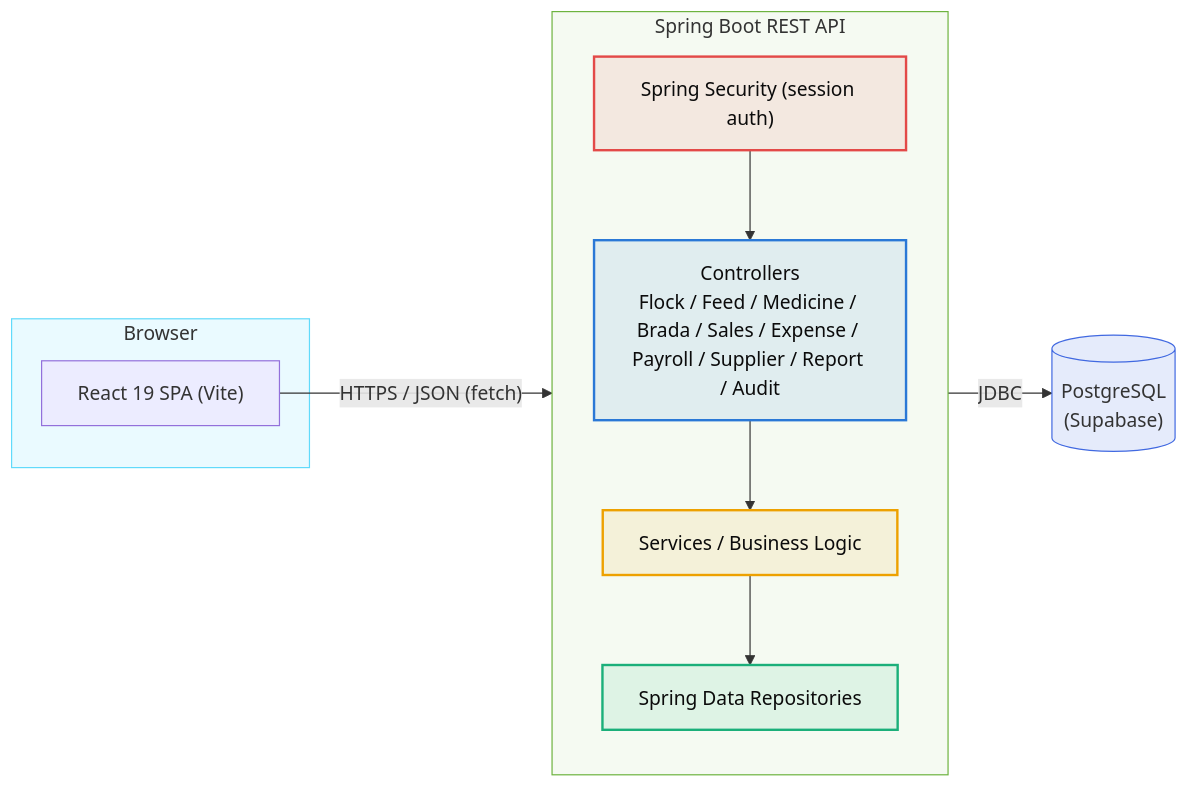
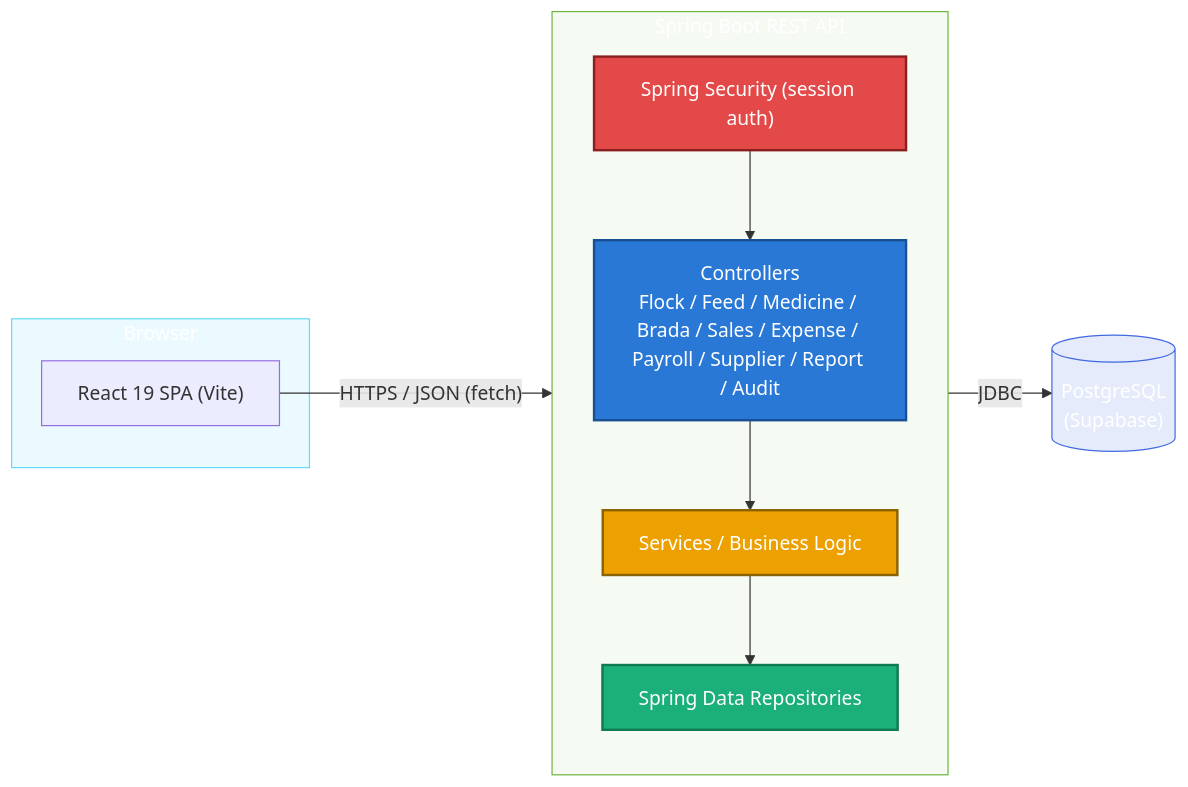
One commit to mina-hill/csms changed the first of 2 diagrams in README.md. Above: the diagram before and after it, drawn with Mermaid. The commit also changed other lines of this file and 1 other file, not shown here.

Commit message:
Improve chart/diagram contrast for dark and light themes

````diff
--- a/README.md
+++ b/README.md
@@ -40,33 +43,33 @@
 ```mermaid
 flowchart LR
     subgraph Client["Browser"]
         SPA["React 19 SPA (Vite)"]
     end
 
     subgraph API["Spring Boot REST API"]
         direction TB
         SEC["Spring Security (session auth)"]
         CTRL["Controllers\nFlock / Feed / Medicine / Brada / Sales / Expense / Payroll / Supplier / Report / Audit"]
         SVC["Services / Business Logic"]
         REPO["Spring Data Repositories"]
         SEC --> CTRL --> SVC --> REPO
     end
 
     DB[("PostgreSQL\n(Supabase)")]
 
     SPA -- "HTTPS / JSON (fetch)" --> SEC
     REPO -- "JDBC" --> DB
 
-    style Client fill:#61dafb22,stroke:#61dafb
-    style API fill:#6db33f11,stroke:#6db33f
-    style DB fill:#4169e122,stroke:#4169e1
+    style Client fill:#61dafb22,stroke:#61dafb,color:#ffffff
+    style API fill:#6db33f11,stroke:#6db33f,color:#ffffff
+    style DB fill:#4169e122,stroke:#4169e1,color:#ffffff
 
-    classDef sec fill:#e344481a,stroke:#e34948,stroke-width:2px,color:#0b0b0b
-    classDef ctrl fill:#2a78d61a,stroke:#2a78d6,stroke-width:2px,color:#0b0b0b
-    classDef svc fill:#eda1001a,stroke:#eda100,stroke-width:2px,color:#0b0b0b
-    classDef repo fill:#1baf7a1a,stroke:#1baf7a,stroke-width:2px,color:#0b0b0b
+    classDef sec fill:#e34948,stroke:#8a1f1f,stroke-width:2px,color:#ffffff
+    classDef ctrl fill:#2a78d6,stroke:#184f95,stroke-width:2px,color:#ffffff
+    classDef svc fill:#eda100,stroke:#8a6200,stroke-width:2px,color:#ffffff
+    classDef repo fill:#1baf7a,stroke:#0f7a52,stroke-width:2px,color:#ffffff
     class SEC sec
     class CTRL ctrl
     class SVC svc
     class REPO repo
 ```
````
